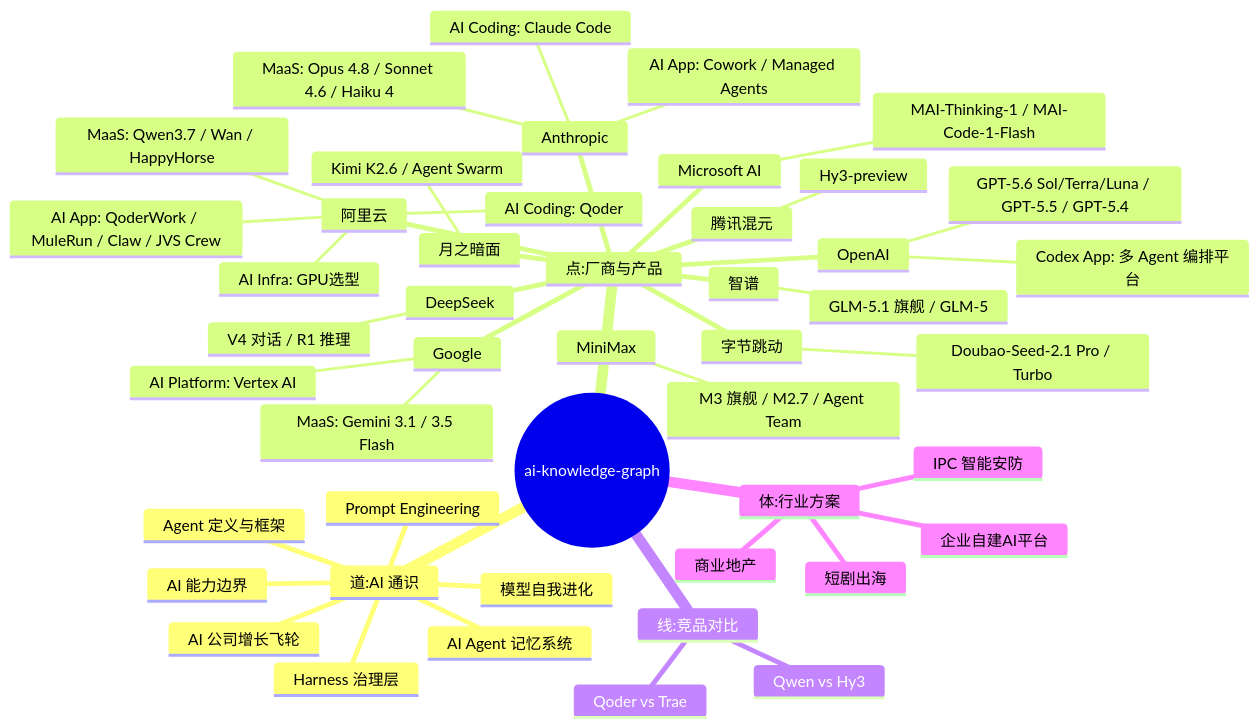
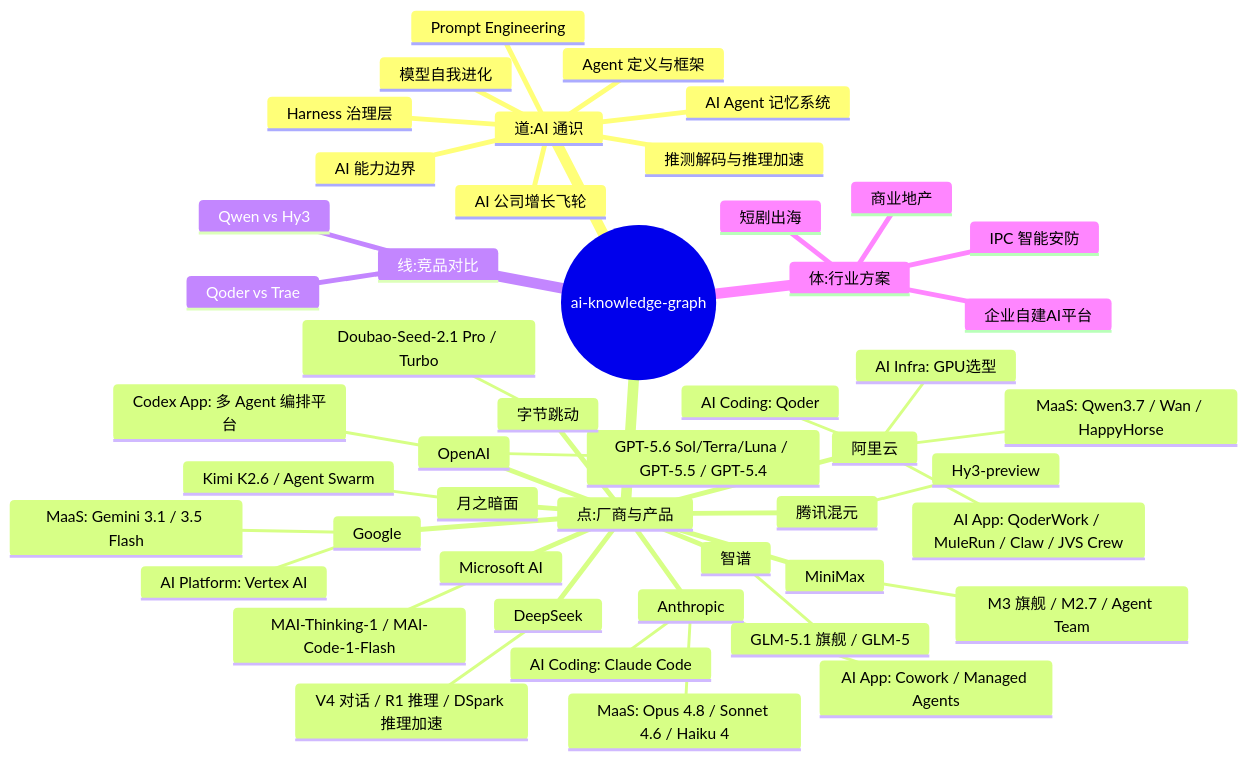
The first of 2 diagrams in README.md (EthanNiWorld/ai-playbook-2026), drawn with Mermaid before and after one commit. The commit also changed other lines of this file and 8 other files, not shown here.

````diff
--- a/README.md
+++ b/README.md
@@ -88,50 +88,51 @@
 ```mermaid
 mindmap
   root((ai-knowledge-graph))
     道:AI 通识
       Agent 定义与框架
       Harness 治理层
       Prompt Engineering
       AI 能力边界
       模型自我进化
       AI Agent 记忆系统
       AI 公司增长飞轮
+      推测解码与推理加速
     点:厂商与产品
       阿里云
         MaaS: Qwen3.7 / Wan / HappyHorse
         AI Coding: Qoder
         AI App: QoderWork / MuleRun / Claw / JVS Crew
         AI Infra: GPU选型
       Google
         MaaS: Gemini 3.1 / 3.5 Flash
         AI Platform: Vertex AI
       Anthropic
         MaaS: Opus 4.8 / Sonnet 4.6 / Haiku 4
         AI Coding: Claude Code
         AI App: Cowork / Managed Agents
       MiniMax
         M3 旗舰 / M2.7 / Agent Team
       DeepSeek
-        V4 对话 / R1 推理
+        V4 对话 / R1 推理 / DSpark 推理加速
       OpenAI
         GPT-5.6 Sol/Terra/Luna / GPT-5.5 / GPT-5.4
         Codex App: 多 Agent 编排平台
       Microsoft AI
         MAI-Thinking-1 / MAI-Code-1-Flash
       智谱
         GLM-5.1 旗舰 / GLM-5
       月之暗面
         Kimi K2.6 / Agent Swarm
       字节跳动
         Doubao-Seed-2.1 Pro / Turbo
       腾讯混元
         Hy3-preview
     线:竞品对比
       Qoder vs Trae
       Qwen vs Hy3
     体:行业方案
       IPC 智能安防
       短剧出海
       商业地产
       企业自建AI平台
 ```
````
